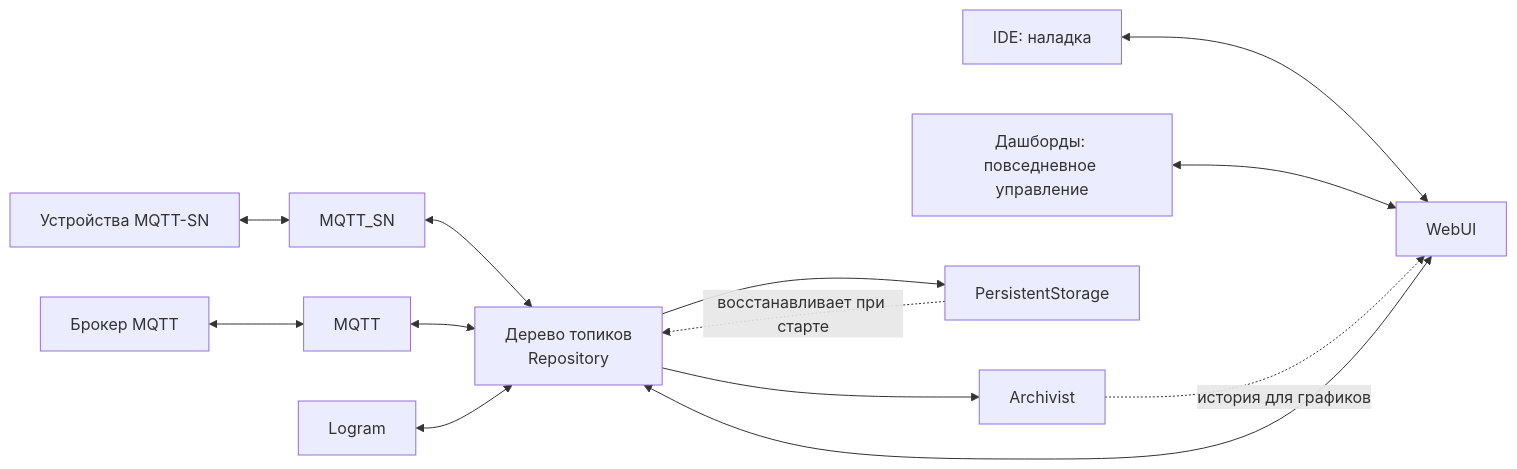
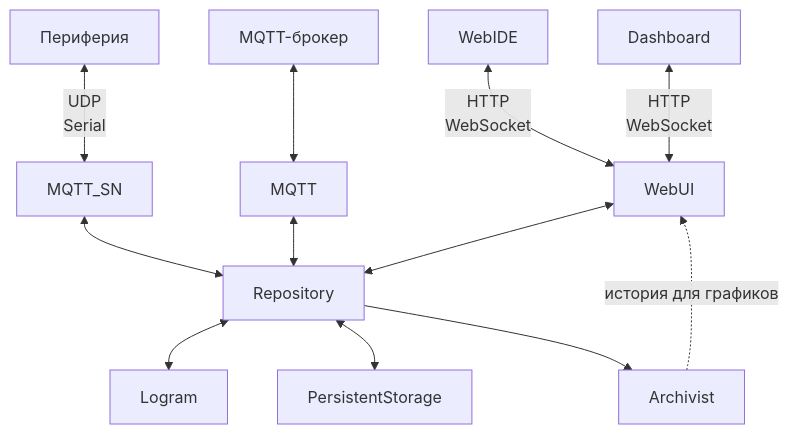
Before and after one commit to enviriot/EnviriotSW: the first of 5 diagrams in README.md, drawn with Mermaid. The commit also changed other lines of this file and 5 other files, not shown here.

Commit message:
WebIDE(FIX) Context menu resolve

````diff
--- a/README.md
+++ b/README.md
@@ -25,29 +32,14 @@
 ```mermaid
-flowchart LR
-  dev["Устройства MQTT-SN"]
-  brk["Брокер MQTT"]
-  ide["IDE: наладка"]
-  dash["Дашборды: повседневное управление"]
-
-  mqsn["MQTT_SN"]
-  mqtt["MQTT"]
-  web["WebUI"]
-  lg["Logram"]
-  tree["Дерево топиков<br/>Repository"]
-  db["PersistentStorage"]
-  arch["Archivist"]
-
-  dev <--> mqsn
-  brk <--> mqtt
-  ide <--> web
-  dash <--> web
-
-  mqsn <--> tree
-  mqtt <--> tree
-  web <--> tree
-  lg <--> tree
-  tree --> db
-  tree --> arch
-  db -.->|"восстанавливает при старте"| tree
-  arch -.->|"история для графиков"| web
+flowchart TB
+  webide["WebIDE"] <-->|"HTTP<br/>WebSocket"| webui["WebUI"]
+  dashboard["Dashboard"] <-->|"HTTP<br/>WebSocket"| webui
+  devices["Периферия"] <-->|"UDP<br/>Serial"| mqttsn["MQTT_SN"]
+  broker["MQTT-брокер"] <--> mqtt["MQTT"]
+  mqttsn <--> core["Repository"]
+  mqtt <--> core
+  webui <--> core
+  core <--> logram["Logram"]
+  core <--> storage["PersistentStorage"]
+  core --> archivist["Archivist"]
+  archivist -. "история для графиков" .-> webui
 ```
````
